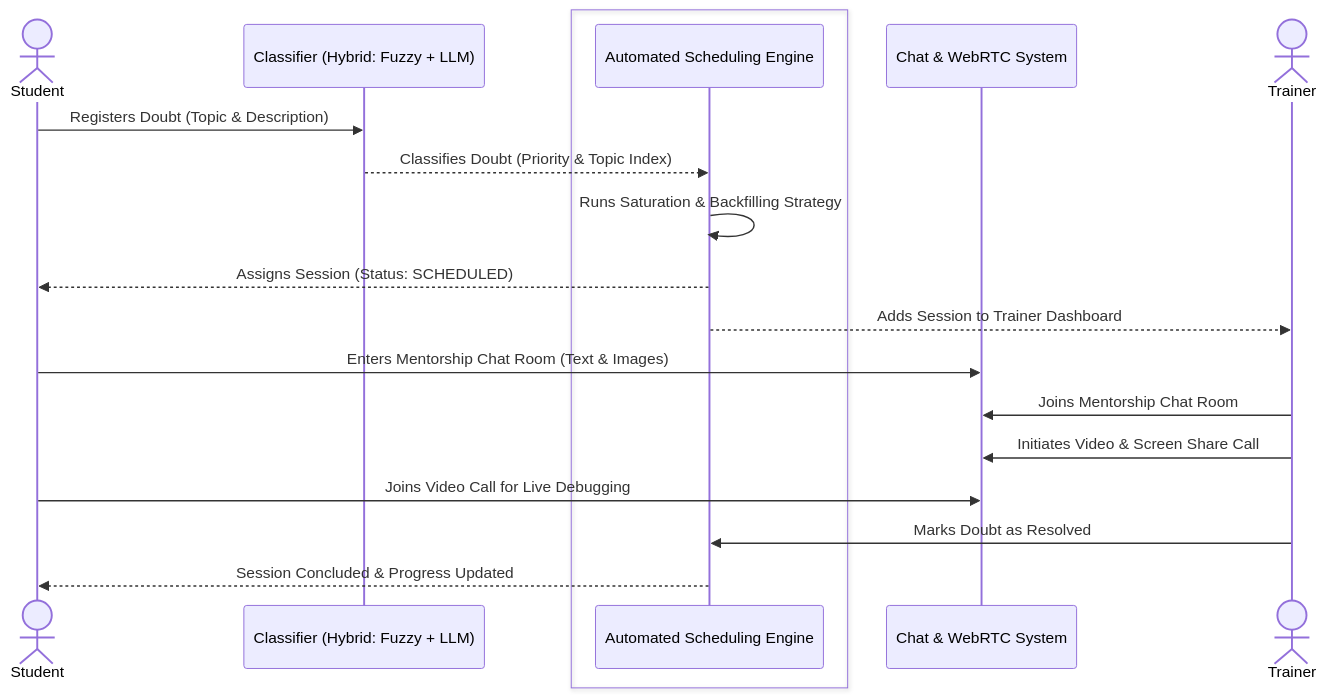
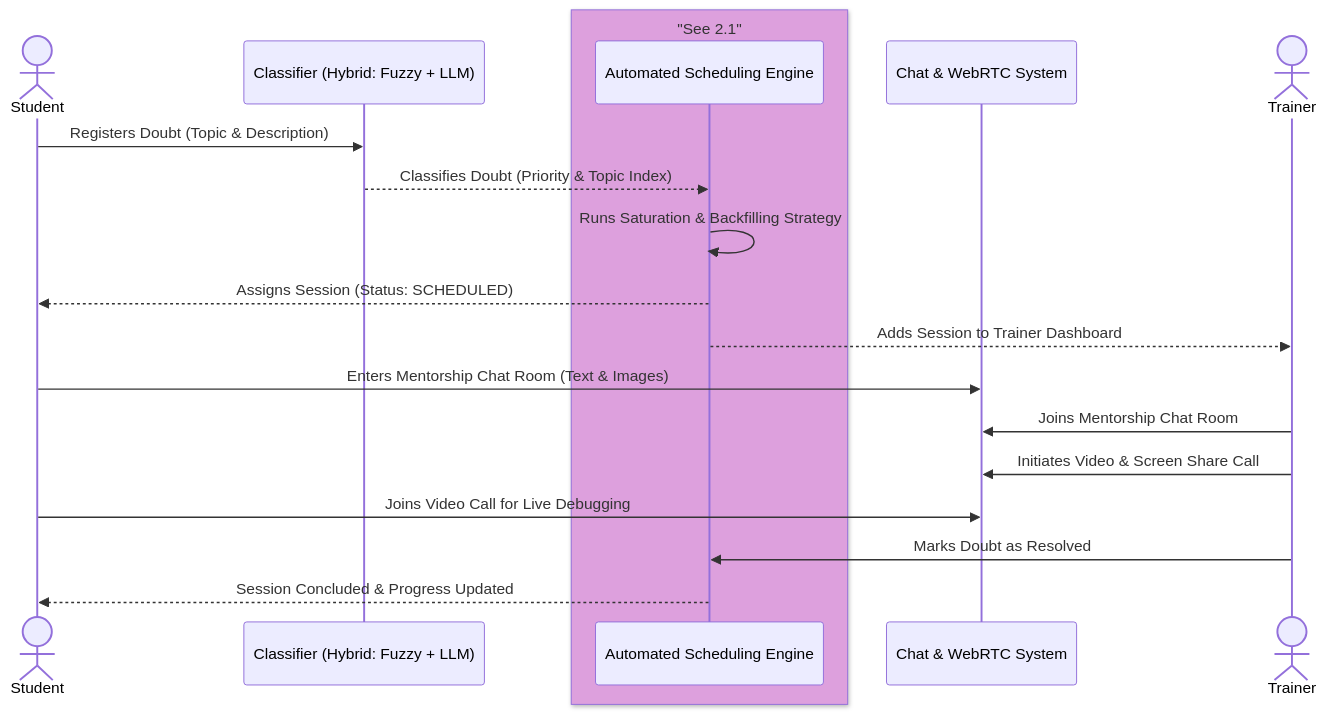
One commit to suyash-rgb/JS-Mentor changed the fourth of 18 diagrams in README.md. Above: the diagram before and after it, drawn with Mermaid. The commit also changed other lines of this file, not shown here.

````diff
--- a/README.md
+++ b/README.md
@@ -138,24 +138,24 @@
 ```mermaid
 sequenceDiagram
     actor S as Student
     participant C as Classifier (Hybrid: Fuzzy + LLM)
     
-    box #E5D5FF "See 2.1"
+    box Plum "See 2.1"
     participant E as Automated Scheduling Engine
     end
     
     participant CH as Chat & WebRTC System
     actor T as Trainer
 
     S->>C: Registers Doubt (Topic & Description)
     C-->>E: Classifies Doubt (Priority & Topic Index)
     E->>E: Runs Saturation & Backfilling Strategy
     E-->>S: Assigns Session (Status: SCHEDULED)
     E-->>T: Adds Session to Trainer Dashboard
     S->>CH: Enters Mentorship Chat Room (Text & Images)
     T->>CH: Joins Mentorship Chat Room
     T->>CH: Initiates Video & Screen Share Call
     S->>CH: Joins Video Call for Live Debugging
     T->>E: Marks Doubt as Resolved
     E-->>S: Session Concluded & Progress Updated
 ```
````
